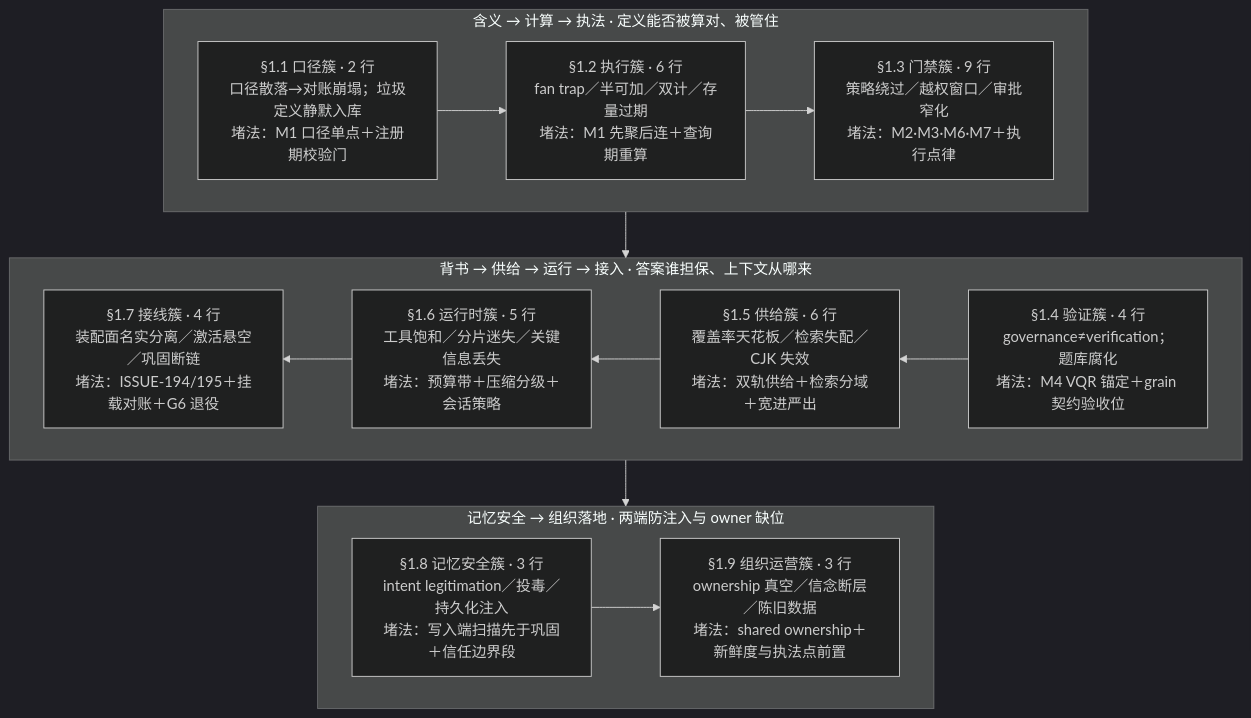
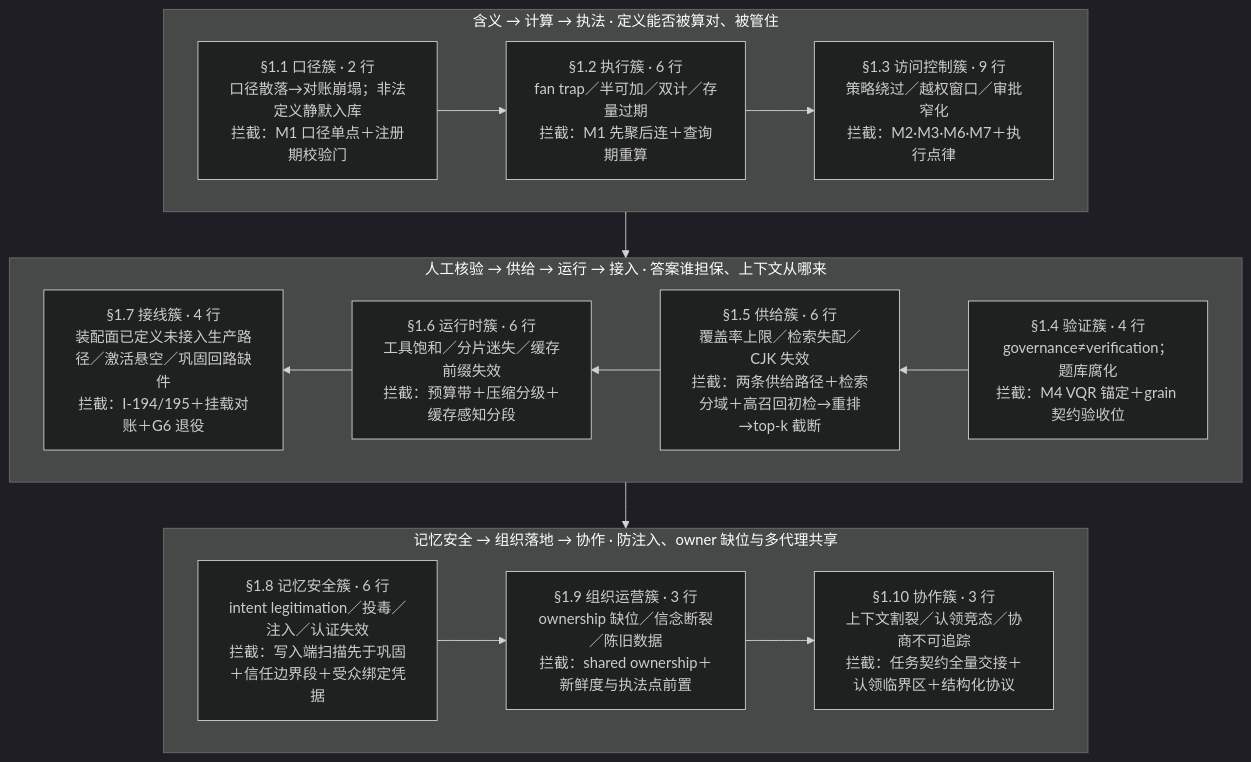
The diagram in docs/assets/mermaid/cognitive-context/context-layer--failure-map.mmd (ThreeFish-AI/negentropy), drawn with Mermaid (dark theme) before and after one commit. The commit also changed 476 other files, not shown here.

First line of the commit message:
docs+feat: 013 蓝图去比喻整改 + Context Layer 第 2 集零类比重制（edge 草渲 26:57） (#1195)

```diff
--- a/docs/assets/mermaid/cognitive-context/context-layer--failure-map.mmd
+++ b/docs/assets/mermaid/cognitive-context/context-layer--failure-map.mmd
@@ -1,31 +1,33 @@
-%%source: docs/research/cognitive-context/013-context-layer-blueprint.md §1 失效模式登记簿：九簇总账（九簇失效形态总览）
+%%source: docs/research/cognitive-context/013-context-layer-blueprint.md §1 失效模式登记簿：十类失效汇总（十簇失效形态总览）
 %%slug: cognitive-context/context-layer--failure-map
 %%type: architecture
-%%derived: archify architecture v2, authored fresh（v1 八失效×四层映射退役；新构型＝登记簿九簇蛇形主链穿过三条问题带，簇节点标行数与代表坏法、tag 标主要堵法）
+%%derived: archify architecture v2, authored fresh（v1 八失效×四层映射退役；新构型＝登记簿十簇蛇形主链穿过三条问题带，簇节点标行数与代表失效、tag 标主要防护）
 flowchart TB
     subgraph T1["含义 → 计算 → 执法 · 定义能否被算对、被管住"]
         direction LR
-        C1["§1.1 口径簇 · 2 行<br/>口径散落→对账崩塌；垃圾定义静默入库<br/>堵法：M1 口径单点＋注册期校验门"]
-        C2["§1.2 执行簇 · 6 行<br/>fan trap／半可加／双计／存量过期<br/>堵法：M1 先聚后连＋查询期重算"]
-        C3["§1.3 门禁簇 · 9 行<br/>策略绕过／越权窗口／审批窄化<br/>堵法：M2·M3·M6·M7＋执行点律"]
+        C1["§1.1 口径簇 · 2 行<br/>口径散落→对账崩塌；非法定义静默入库<br/>拦截：M1 口径单点＋注册期校验门"]
+        C2["§1.2 执行簇 · 6 行<br/>fan trap／半可加／双计／存量过期<br/>拦截：M1 先聚后连＋查询期重算"]
+        C3["§1.3 访问控制簇 · 9 行<br/>策略绕过／越权窗口／审批窄化<br/>拦截：M2·M3·M6·M7＋执行点律"]
     end
-    subgraph T2["背书 → 供给 → 运行 → 接入 · 答案谁担保、上下文从哪来"]
+    subgraph T2["人工核验 → 供给 → 运行 → 接入 · 答案谁担保、上下文从哪来"]
         direction RL
-        C4["§1.4 验证簇 · 4 行<br/>governance≠verification；题库腐化<br/>堵法：M4 VQR 锚定＋grain 契约验收位"]
-        C5["§1.5 供给簇 · 6 行<br/>覆盖率天花板／检索失配／CJK 失效<br/>堵法：双轨供给＋检索分域＋宽进严出"]
-        C6["§1.6 运行时簇 · 5 行<br/>工具饱和／分片迷失／关键信息丢失<br/>堵法：预算带＋压缩分级＋会话策略"]
-        C7["§1.7 接线簇 · 4 行<br/>装配面名实分离／激活悬空／巩固断链<br/>堵法：ISSUE-194/195＋挂载对账＋G6 退役"]
+        C4["§1.4 验证簇 · 4 行<br/>governance≠verification；题库腐化<br/>拦截：M4 VQR 锚定＋grain 契约验收位"]
+        C5["§1.5 供给簇 · 6 行<br/>覆盖率上限／检索失配／CJK 失效<br/>拦截：两条供给路径＋检索分域＋高召回初检→重排→top-k 截断"]
+        C6["§1.6 运行时簇 · 6 行<br/>工具饱和／分片迷失／缓存前缀失效<br/>拦截：预算带＋压缩分级＋缓存感知分段"]
+        C7["§1.7 接线簇 · 4 行<br/>装配面已定义未接入生产路径／激活悬空／巩固回路缺件<br/>拦截：I-194/195＋挂载对账＋G6 退役"]
     end
-    subgraph T3["记忆安全 → 组织落地 · 两端防注入与 owner 缺位"]
+    subgraph T3["记忆安全 → 组织落地 → 协作 · 防注入、owner 缺位与多代理共享"]
         direction LR
-        C8["§1.8 记忆安全簇 · 3 行<br/>intent legitimation／投毒／持久化注入<br/>堵法：写入端扫描先于巩固＋信任边界段"]
-        C9["§1.9 组织运营簇 · 3 行<br/>ownership 真空／信念断层／陈旧数据<br/>堵法：shared ownership＋新鲜度与执法点前置"]
+        C8["§1.8 记忆安全簇 · 6 行<br/>intent legitimation／投毒／注入／认证失效<br/>拦截：写入端扫描先于巩固＋信任边界段＋受众绑定凭据"]
+        C9["§1.9 组织运营簇 · 3 行<br/>ownership 缺位／信念断裂／陈旧数据<br/>拦截：shared ownership＋新鲜度与执法点前置"]
+        C10["§1.10 协作簇 · 3 行<br/>上下文割裂／认领竞态／协商不可追踪<br/>拦截：任务契约全量交接＋认领临界区＋结构化协议"]
     end
     C1 --> C2
     C2 --> C3
     C3 --> C4
     C4 --> C5
     C5 --> C6
     C6 --> C7
     C7 --> C8
     C8 --> C9
+    C9 --> C10
```
